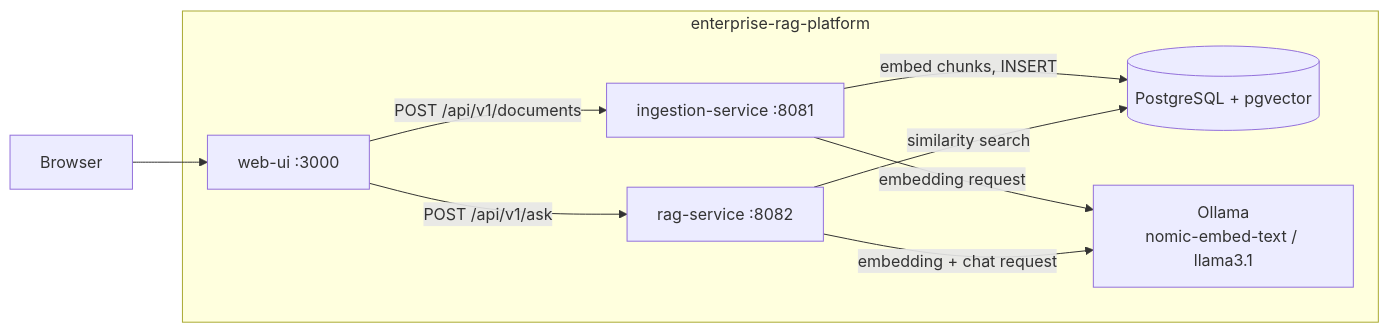
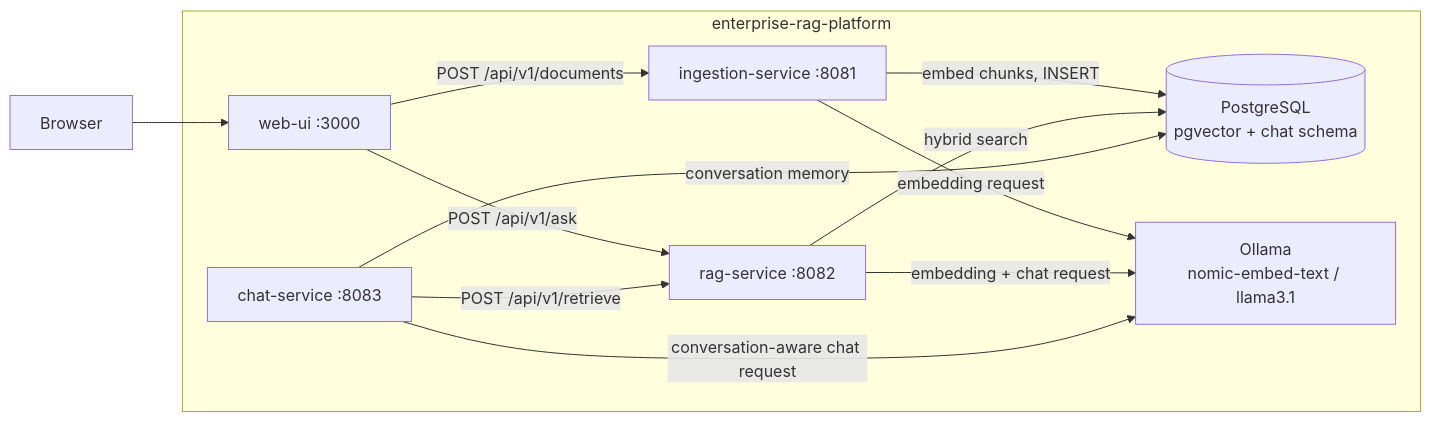
One commit to eniglio-ctrl/enterprise-rag-platform changed the first of 2 diagrams in README.md. Above: the diagram before and after it, drawn with Mermaid. The commit also changed other lines of this file and 34 other files, not shown here.

````diff
--- a/README.md
+++ b/README.md
@@ -21,20 +21,24 @@
 ```mermaid
 flowchart LR
     U["Browser"]
 
     subgraph Platform["enterprise-rag-platform"]
         WEB["web-ui :3000"]
         ING["ingestion-service :8081"]
         RAG["rag-service :8082"]
-        PG[("PostgreSQL + pgvector")]
+        CHAT["chat-service :8083"]
+        PG[("PostgreSQL\npgvector + chat schema")]
         OLL["Ollama\nnomic-embed-text / llama3.1"]
     end
 
     U --> WEB
     WEB -- "POST /api/v1/documents" --> ING
     WEB -- "POST /api/v1/ask" --> RAG
     ING -- "embed chunks, INSERT" --> PG
     ING -- "embedding request" --> OLL
-    RAG -- "similarity search" --> PG
+    RAG -- "hybrid search" --> PG
     RAG -- "embedding + chat request" --> OLL
+    CHAT -- "POST /api/v1/retrieve" --> RAG
+    CHAT -- "conversation-aware chat request" --> OLL
+    CHAT -- "conversation memory" --> PG
 ```
````
